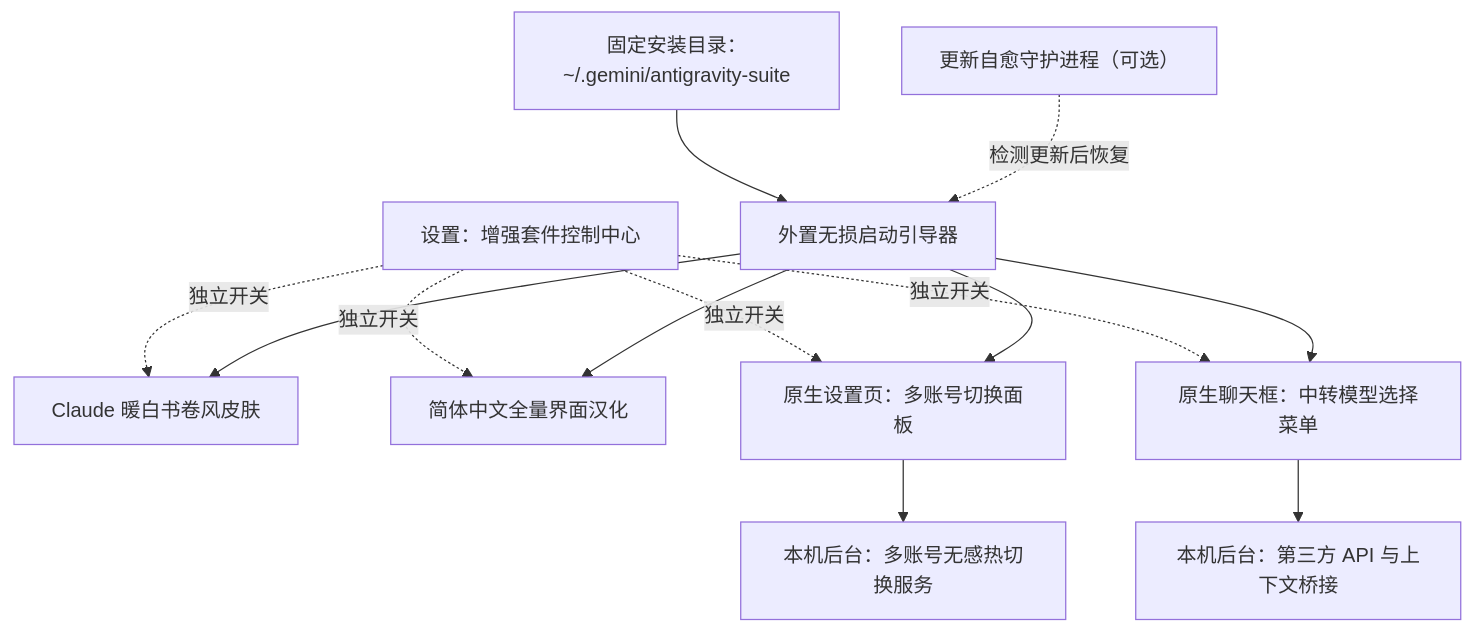
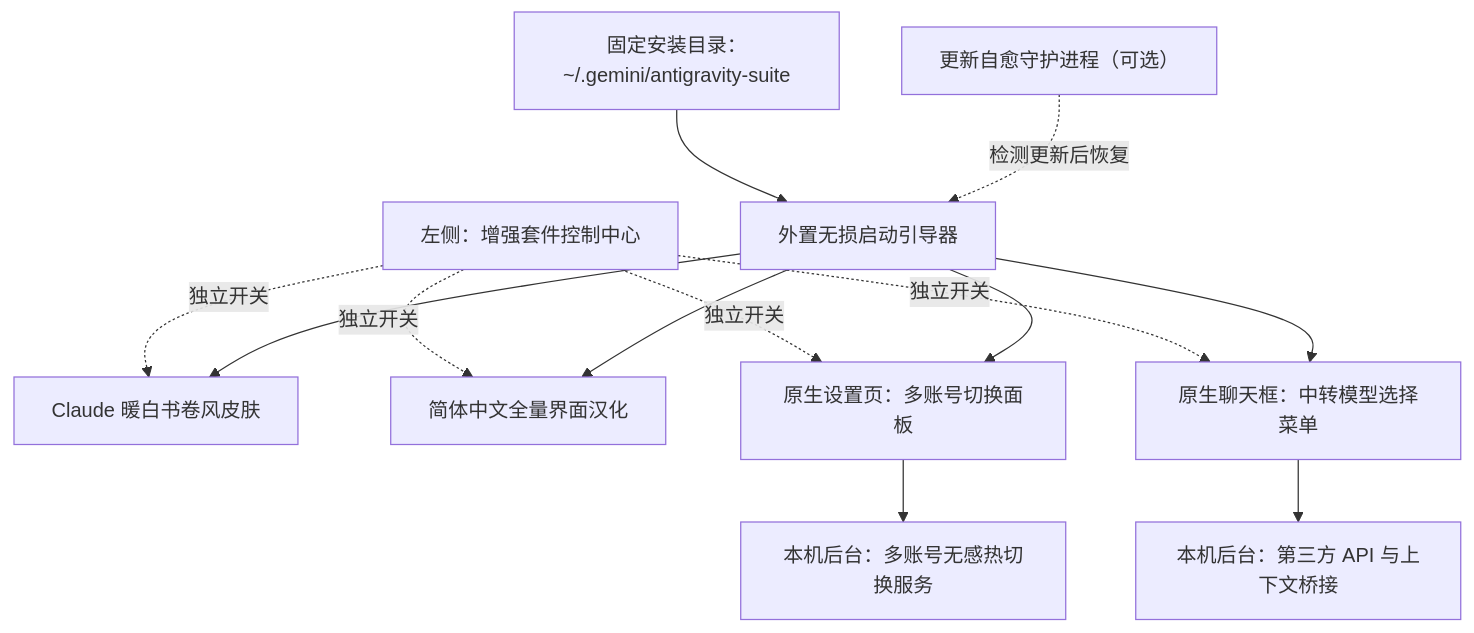
Before and after one commit to Chenxuan-Xie/antigravity-enhancement-suite: the diagram in README.md, drawn with Mermaid. The commit also changed other lines of this file and 8 other files, not shown here.

````diff
--- a/README.md
+++ b/README.md
@@ -65,17 +65,17 @@
 ```mermaid
 flowchart TD
     Runtime["固定安装目录：~/.gemini/antigravity-suite"] --> Boot["外置无损启动引导器"]
     Guardian["更新自愈守护进程（可选）"] -. "检测更新后恢复" .-> Boot
-    Control["设置：增强套件控制中心"] -. "独立开关" .-> Skin
+    Control["左侧：增强套件控制中心"] -. "独立开关" .-> Skin
     Control -. "独立开关" .-> I18n
     Control -. "独立开关" .-> AccUI
     Control -. "独立开关" .-> ChatUI
 
     Boot --> Skin["Claude 暖白书卷风皮肤"]
     Boot --> I18n["简体中文全量界面汉化"]
     Boot --> AccUI["原生设置页：多账号切换面板"]
     Boot --> ChatUI["原生聊天框：中转模型选择菜单"]
 
     AccUI --> AccCore["本机后台：多账号无感热切换服务"]
     ChatUI --> ModelCore["本机后台：第三方 API 与上下文桥接"]
 ```
````
